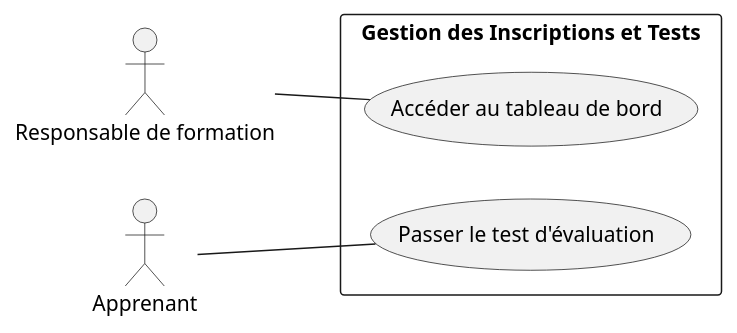
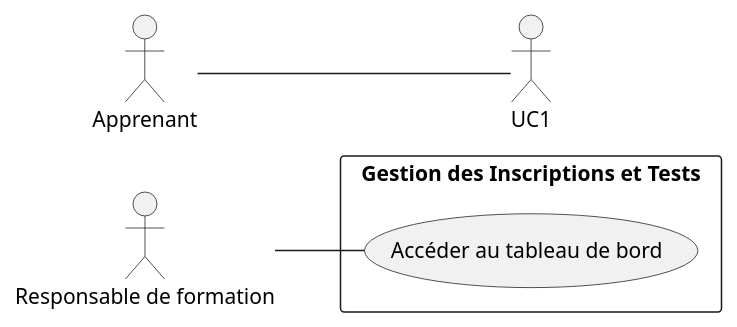
Before and after one commit to samiaBoug/Soli_LMS_Test_Inscription: the diagram in Branche_fonctionelle/Analyse/use_case_sprint1.puml, drawn with PlantUML. The commit also changed 2 other files, not shown here.

```diff
--- a/Branche_fonctionelle/Analyse/use_case_sprint1.puml
+++ b/Branche_fonctionelle/Analyse/use_case_sprint1.puml
@@ -1,16 +1,15 @@
 @startuml
 left to right direction
 
 actor "Responsable de formation" as Admin
 actor "Apprenant" as Apprenant
 
 rectangle "Gestion des Inscriptions et Tests" {
-  usecase "Passer le test d'évaluation" as UC1
   usecase "Accéder au tableau de bord" as UC2
 
 }
 
 Admin -- UC2 
 Apprenant -- UC1
 
 @enduml
```
